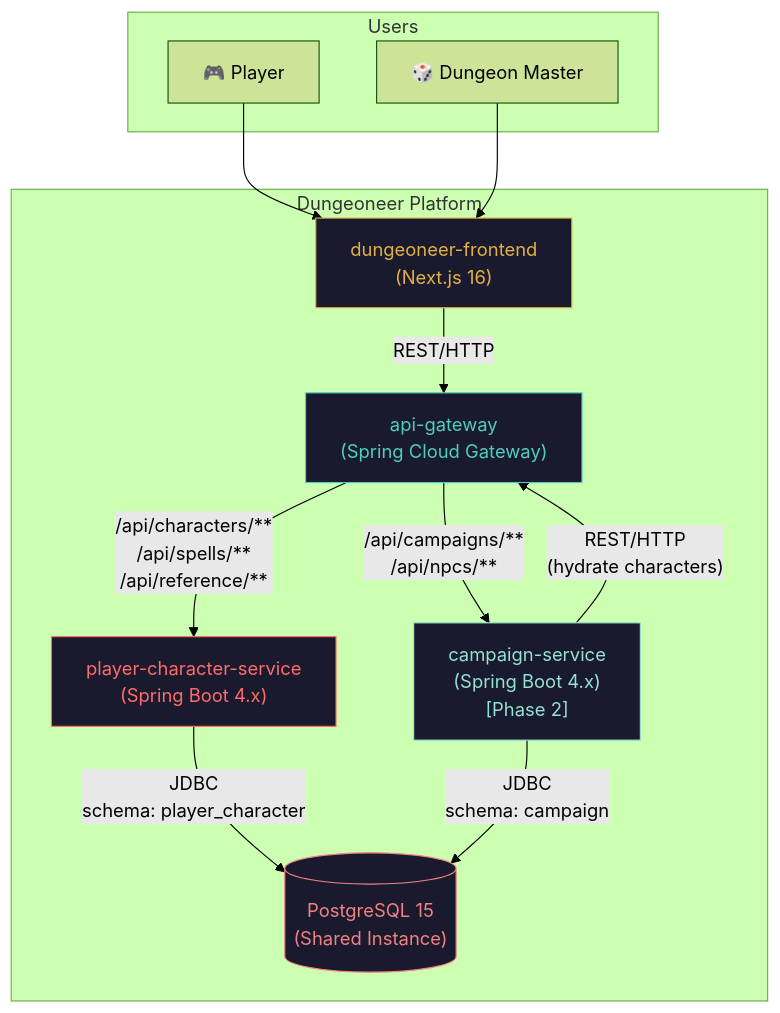
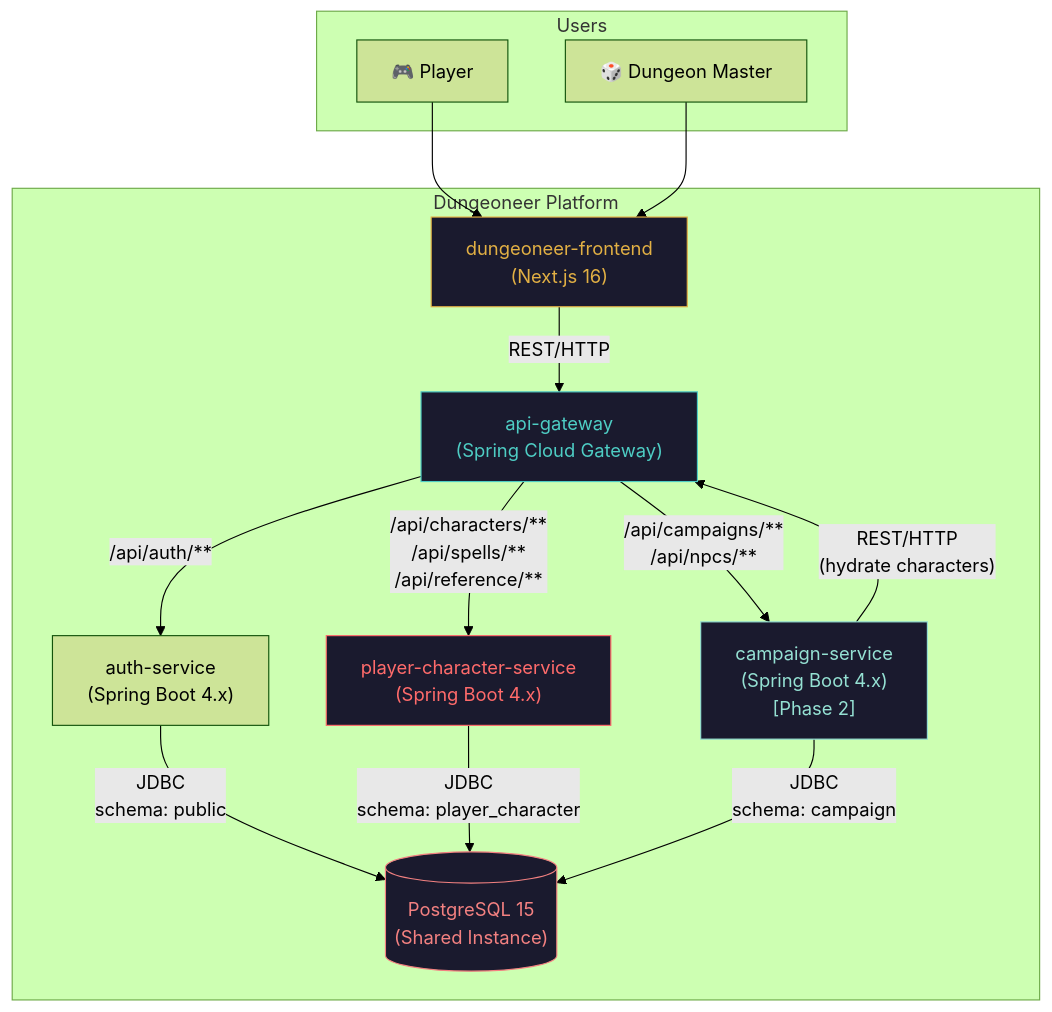
Before and after one commit to Witches-Of-The-Country/Dungeoneer: the first of 3 diagrams in openspec/specs/system-architecture.md, drawn with Mermaid (forest theme). The commit also changed other lines of this file and 7 other files, not shown here.

````diff
--- a/openspec/specs/system-architecture.md
+++ b/openspec/specs/system-architecture.md
@@ -176,30 +178,33 @@
 ```mermaid
 graph TB
     subgraph Users
         Player["🎮 Player"]
         DM["🎲 Dungeon Master"]
     end
 
     subgraph Dungeoneer["Dungeoneer Platform"]
         FE["dungeoneer-frontend<br/>(Next.js 16)"]
         GW["api-gateway<br/>(Spring Cloud Gateway)"]
+        AUTH["auth-service<br/>(Spring Boot 4.x)"]
         PCS["player-character-service<br/>(Spring Boot 4.x)"]
         CS["campaign-service<br/>(Spring Boot 4.x)<br/>[Phase 2]"]
         DB[("PostgreSQL 15<br/>(Shared Instance)")]
     end
 
     Player --> FE
     DM --> FE
     FE -->|"REST/HTTP"| GW
+    GW -->|"/api/auth/**"| AUTH
     GW -->|"/api/characters/**<br/>/api/spells/**<br/>/api/reference/**"| PCS
     GW -->|"/api/campaigns/**<br/>/api/npcs/**"| CS
+    AUTH -->|"JDBC<br/>schema: public"| DB
     PCS -->|"JDBC<br/>schema: player_character"| DB
     CS -->|"JDBC<br/>schema: campaign"| DB
     CS -->|"REST/HTTP<br/>(hydrate characters)"| GW
 
     style FE fill:#1a1a2e,stroke:#e2b044,color:#e2b044
     style GW fill:#1a1a2e,stroke:#4ecdc4,color:#4ecdc4
     style PCS fill:#1a1a2e,stroke:#ff6b6b,color:#ff6b6b
     style CS fill:#1a1a2e,stroke:#95e1d3,color:#95e1d3
     style DB fill:#1a1a2e,stroke:#f38181,color:#f38181
 ```
````
